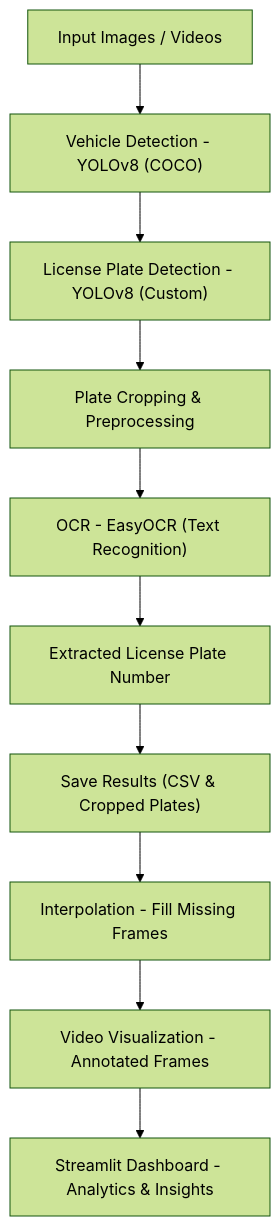
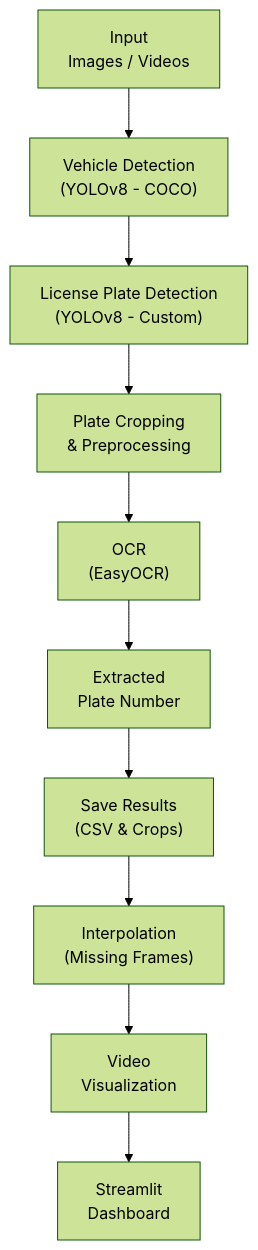
Before and after one commit to DushyantRajpurohit/Object-Detection-using-YOLOv8: the diagram in README.md, drawn with Mermaid (forest theme).

````diff
--- a/README.md
+++ b/README.md
@@ -30,12 +30,12 @@
 ```mermaid
 graph TD
-    A["Input Images / Videos"] --> B["Vehicle Detection - YOLOv8 (COCO)"]
-    B --> C["License Plate Detection - YOLOv8 (Custom)"]
-    C --> D["Plate Cropping & Preprocessing"]
-    D --> E["OCR - EasyOCR (Text Recognition)"]
-    E --> F["Extracted License Plate Number"]
-    F --> G["Save Results (CSV & Cropped Plates)"]
-    G --> H["Interpolation - Fill Missing Frames"]
-    H --> I["Video Visualization - Annotated Frames"]
-    I --> J["Streamlit Dashboard - Analytics & Insights"]
+    A["Input<br/>Images / Videos"] --> B["Vehicle Detection<br/>(YOLOv8 - COCO)"]
+    B --> C["License Plate Detection<br/>(YOLOv8 - Custom)"]
+    C --> D["Plate Cropping<br/>& Preprocessing"]
+    D --> E["OCR<br/>(EasyOCR)"]
+    E --> F["Extracted<br/>Plate Number"]
+    F --> G["Save Results<br/>(CSV & Crops)"]
+    G --> H["Interpolation<br/>(Missing Frames)"]
+    H --> I["Video<br/>Visualization"]
+    I --> J["Streamlit<br/>Dashboard"]
 ```
````
